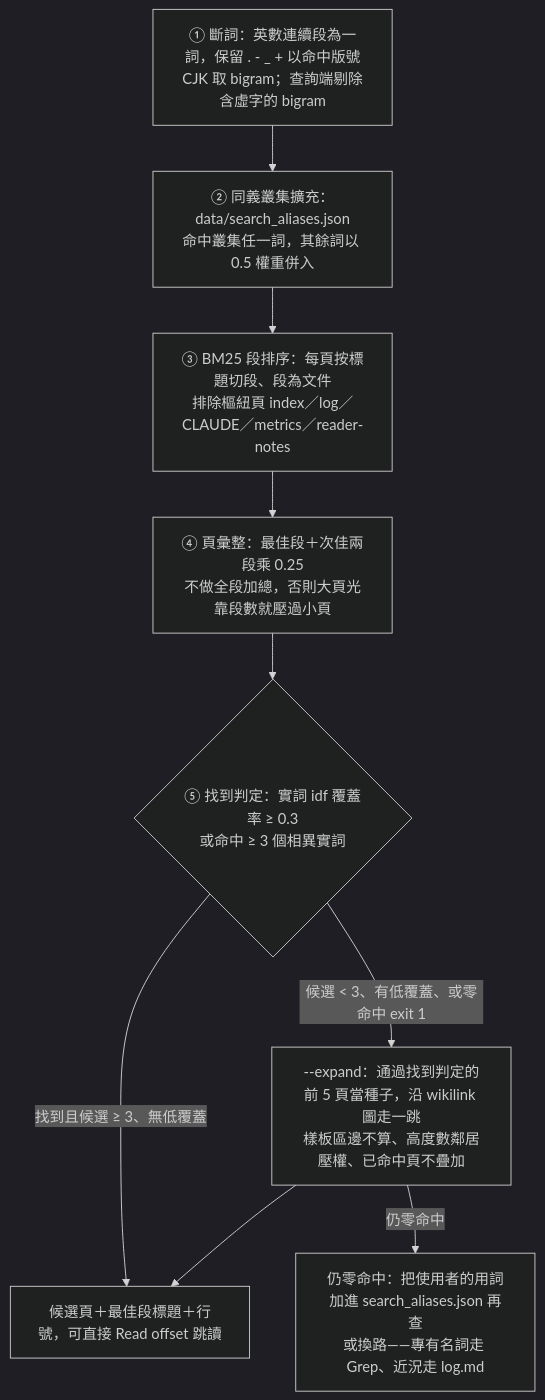
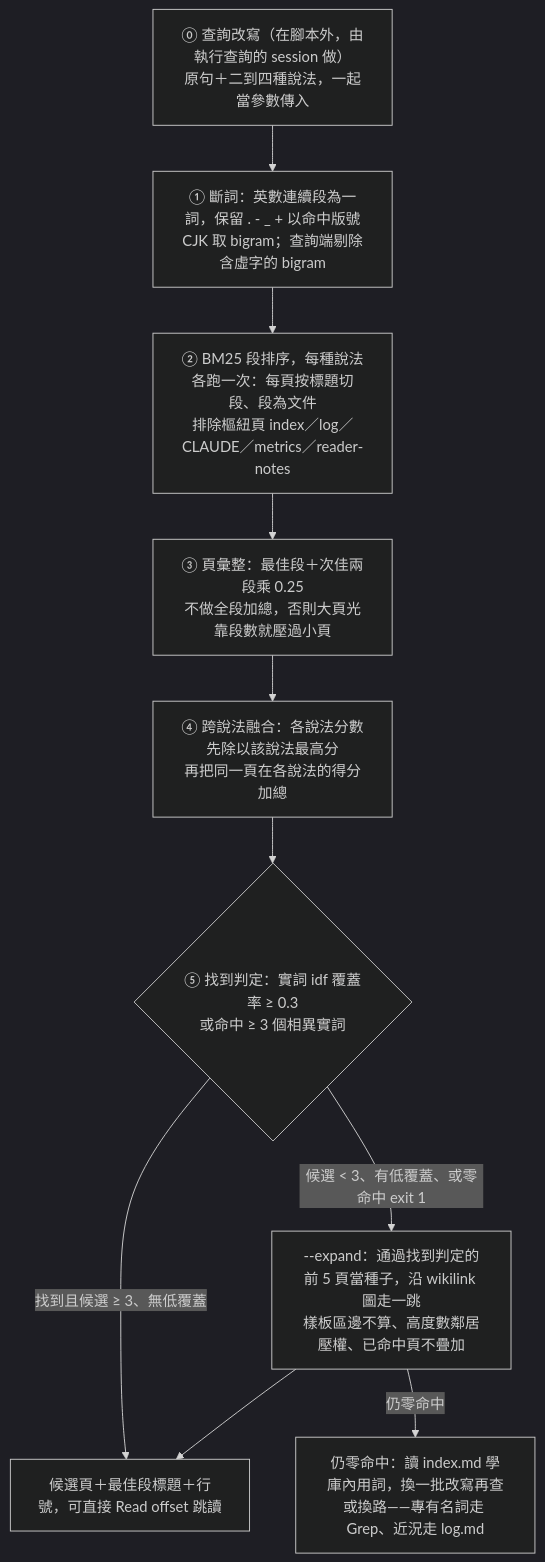
One commit to mandy82477/claude-news changed the third of 3 diagrams in docs/wiki-ingest-query-design.md. Above: the diagram before and after it, drawn with Mermaid (dark theme). The commit also changed other lines of this file and 10 other files, not shown here.

````diff
--- a/docs/wiki-ingest-query-design.md
+++ b/docs/wiki-ingest-query-design.md
@@ -91,16 +91,17 @@
 ```mermaid
 flowchart TD
+  S0["⓪ 查詢改寫（在腳本外，由執行查詢的 session 做）<br/>原句＋二到四種說法，一起當參數傳入"]
   S1["① 斷詞：英數連續段為一詞，保留 . - _ + 以命中版號<br/>CJK 取 bigram；查詢端剔除含虛字的 bigram"]
-  S2["② 同義叢集擴充：data/search_aliases.json<br/>命中叢集任一詞，其餘詞以 0.5 權重併入"]
-  S3["③ BM25 段排序：每頁按標題切段、段為文件<br/>排除樞紐頁 index／log／CLAUDE／metrics／reader-notes"]
-  S4["④ 頁彙整：最佳段＋次佳兩段乘 0.25<br/>不做全段加總，否則大頁光靠段數就壓過小頁"]
+  S3["② BM25 段排序，每種說法各跑一次：每頁按標題切段、段為文件<br/>排除樞紐頁 index／log／CLAUDE／metrics／reader-notes"]
+  S4["③ 頁彙整：最佳段＋次佳兩段乘 0.25<br/>不做全段加總，否則大頁光靠段數就壓過小頁"]
+  S2["④ 跨說法融合：各說法分數先除以該說法最高分<br/>再把同一頁在各說法的得分加總"]
   S5{"⑤ 找到判定：實詞 idf 覆蓋率 ≥ 0.3<br/>或命中 ≥ 3 個相異實詞"}
   S6["--expand：通過找到判定的前 5 頁當種子，沿 wikilink 圖走一跳<br/>樣板區邊不算、高度數鄰居壓權、已命中頁不疊加"]
-  S7["仍零命中：把使用者的用詞加進 search_aliases.json 再查<br/>或換路——專有名詞走 Grep、近況走 log.md"]
+  S7["仍零命中：讀 index.md 學庫內用詞，換一批改寫再查<br/>或換路——專有名詞走 Grep、近況走 log.md"]
   OUT["候選頁＋最佳段標題＋行號，可直接 Read offset 跳讀"]
-  S1 --> S2 --> S3 --> S4 --> S5
+  S0 --> S1 --> S3 --> S4 --> S2 --> S5
   S5 -->|"找到且候選 ≥ 3、無低覆蓋"| OUT
   S5 -->|"候選 < 3、有低覆蓋、或零命中 exit 1"| S6
   S6 --> OUT
   S6 -->|"仍零命中"| S7
 ```
````
